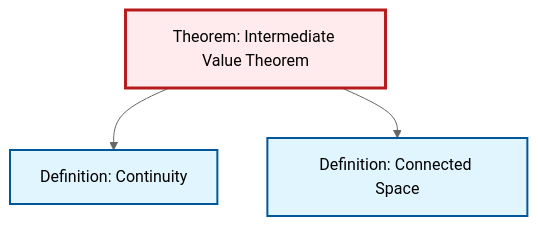
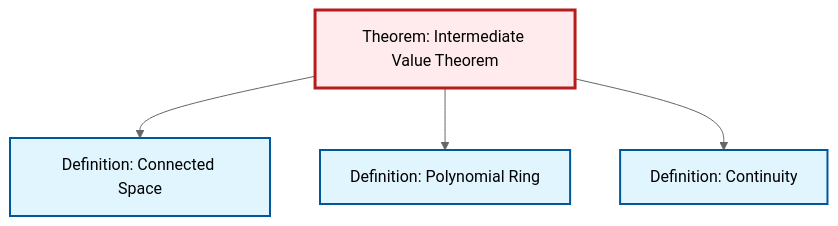
One commit to RK0429/ModernMath changed the diagram in output/mermaid/thm-intermediate-value.mermaid. Above: the diagram before and after it, drawn with Mermaid (neutral theme). The commit also changed 434 other files, not shown here.

First line of the commit message:
feat: Add polynomial ring definition with comprehensive cross-references

```diff
--- a/output/mermaid/thm-intermediate-value.mermaid
+++ b/output/mermaid/thm-intermediate-value.mermaid
@@ -1,13 +1,15 @@
 %%| fig-cap: "Local dependency graph"
 graph TD
     classDef definition fill:#e1f5fe,stroke:#01579b,stroke-width:2px
     classDef theorem fill:#f3e5f5,stroke:#4a148c,stroke-width:2px
     classDef axiom fill:#fff3e0,stroke:#e65100,stroke-width:2px
     classDef example fill:#e8f5e9,stroke:#1b5e20,stroke-width:2px
     classDef current fill:#ffebee,stroke:#b71c1c,stroke-width:3px
+    thm-intermediate-value["Theorem: Intermediate Value Theorem"]:::theorem
+    def-polynomial-ring["Definition: Polynomial Ring"]:::definition
     def-continuity["Definition: Continuity"]:::definition
-    thm-intermediate-value["Theorem: Intermediate Value Theorem"]:::theorem
     def-connected["Definition: Connected Space"]:::definition
+    thm-intermediate-value --> def-connected
+    thm-intermediate-value --> def-polynomial-ring
     thm-intermediate-value --> def-continuity
-    thm-intermediate-value --> def-connected
     class thm-intermediate-value current
```
